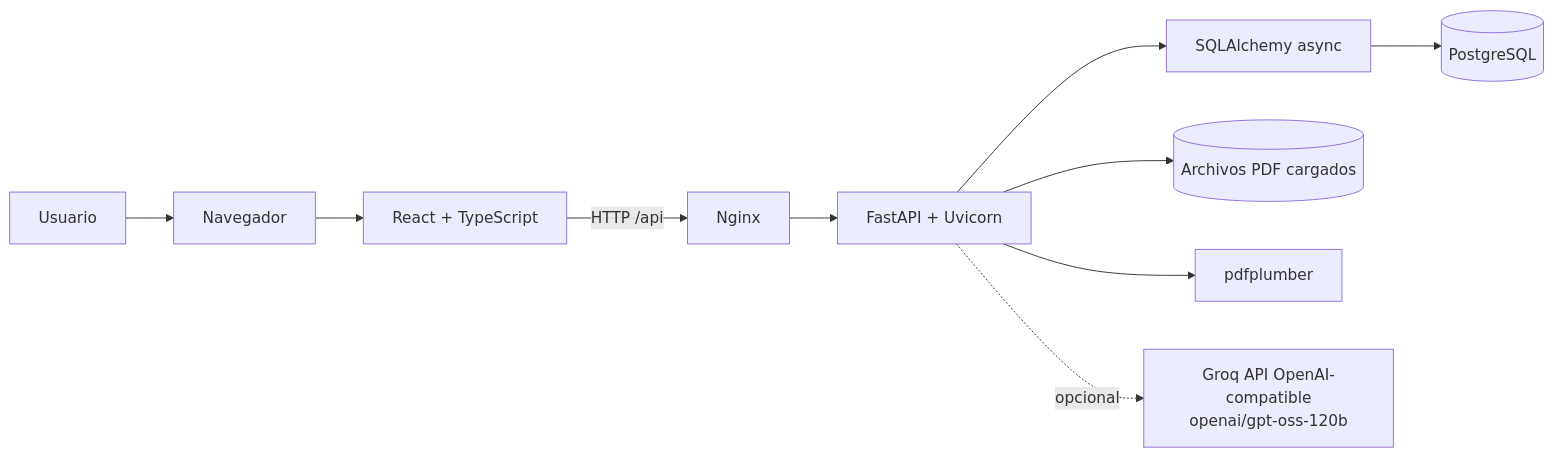
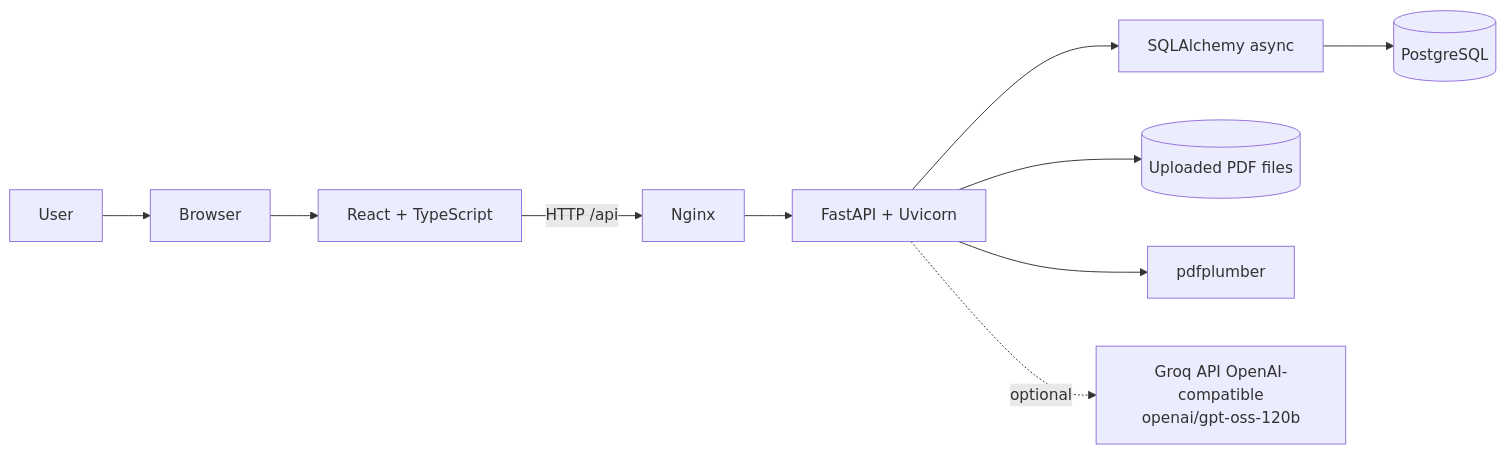
One commit to lucapi-24/senus_board_report changed the diagram in README.md. Above: the diagram before and after it, drawn with Mermaid. The commit also changed other lines of this file and 1 other file, not shown here.

````diff
--- a/README.md
+++ b/README.md
@@ -11,12 +47,12 @@
 ```mermaid
 flowchart LR
-    U[Usuario] --> B[Navegador]
+    U[User] --> B[Browser]
     B --> FE[React + TypeScript]
     FE -->|HTTP /api| N[Nginx]
     N --> API[FastAPI + Uvicorn]
     API --> ORM[SQLAlchemy async]
     ORM --> DB[(PostgreSQL)]
-    API --> UP[(Archivos PDF cargados)]
+    API --> UP[(Uploaded PDF files)]
     API --> PDF[pdfplumber]
-    API -. opcional .-> GROQ[Groq API OpenAI-compatible<br/>openai/gpt-oss-120b]
+    API -. optional .-> GROQ[Groq API OpenAI-compatible<br/>openai/gpt-oss-120b]
 ```
````
